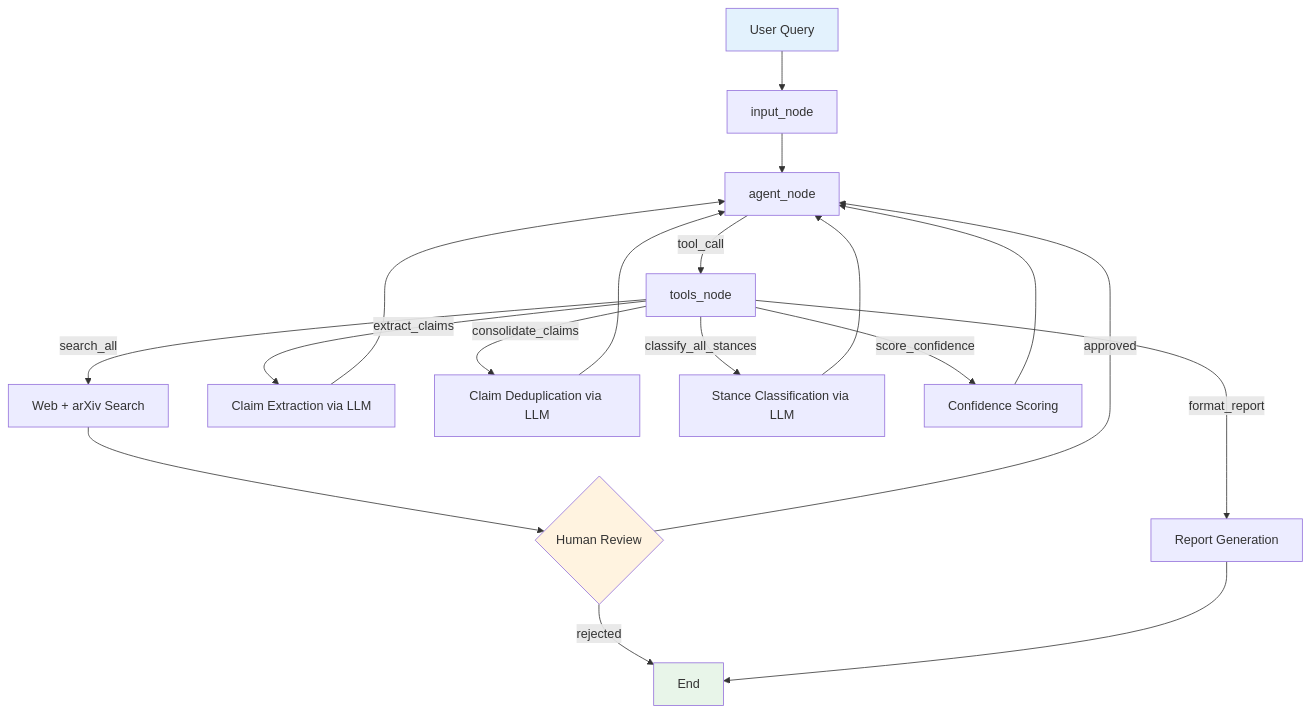
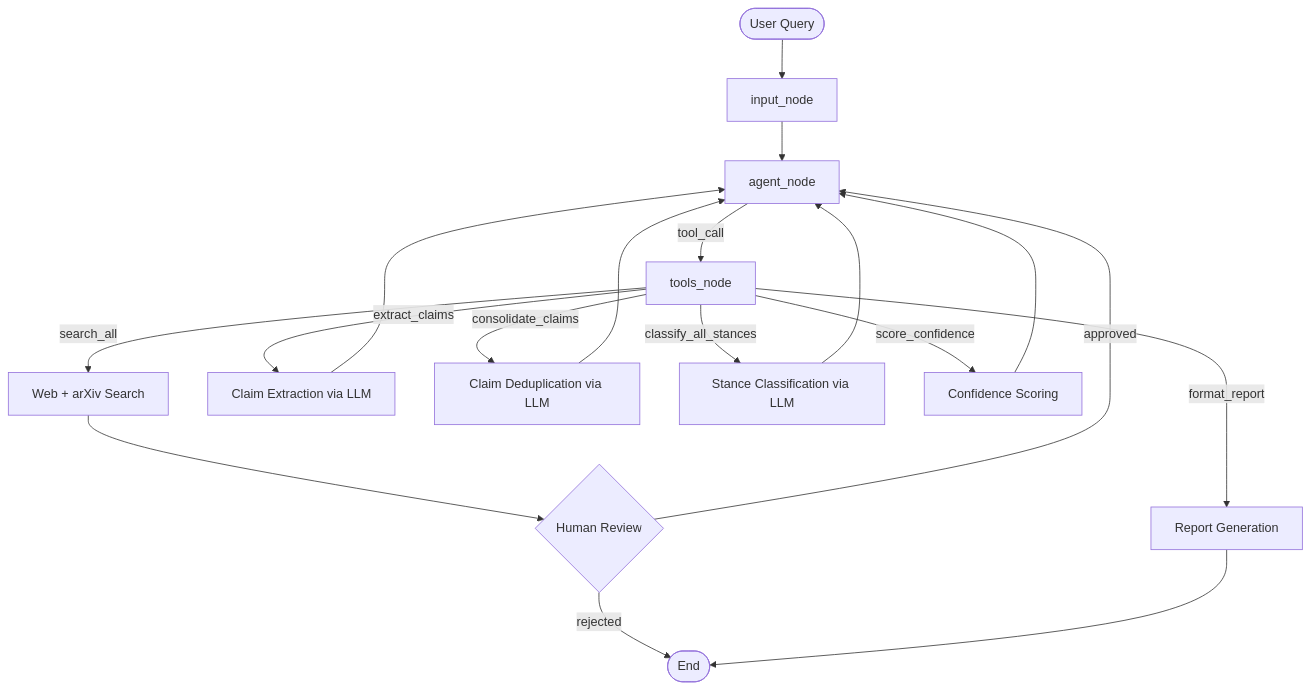
Before and after one commit to gvarchala-pixel/Confidence-Scorer: the diagram in README.md, drawn with Mermaid.

Commit message:
update info on project

````diff
--- a/README.md
+++ b/README.md
@@ -14,24 +14,20 @@
 ```mermaid
 graph TD
-    A[User Query] --> B[input_node]
+    A([User Query]) --> B[input_node]
     B --> C[agent_node]
     C -->|tool_call| D[tools_node]
     D -->|search_all| E[Web + arXiv Search]
     D -->|extract_claims| F[Claim Extraction via LLM]
     D -->|consolidate_claims| G[Claim Deduplication via LLM]
     D -->|classify_all_stances| H[Stance Classification via LLM]
     D -->|score_confidence| I[Confidence Scoring]
     D -->|format_report| J[Report Generation]
     E --> K{Human Review}
     K -->|approved| C
-    K -->|rejected| L[End]
+    K -->|rejected| L([End])
     F --> C
     G --> C
     H --> C
     I --> C
-    J --> L[End]
-
-    style A fill:#e3f2fd
-    style K fill:#fff3e0
-    style L fill:#e8f5e9
+    J --> L
 ```
````
